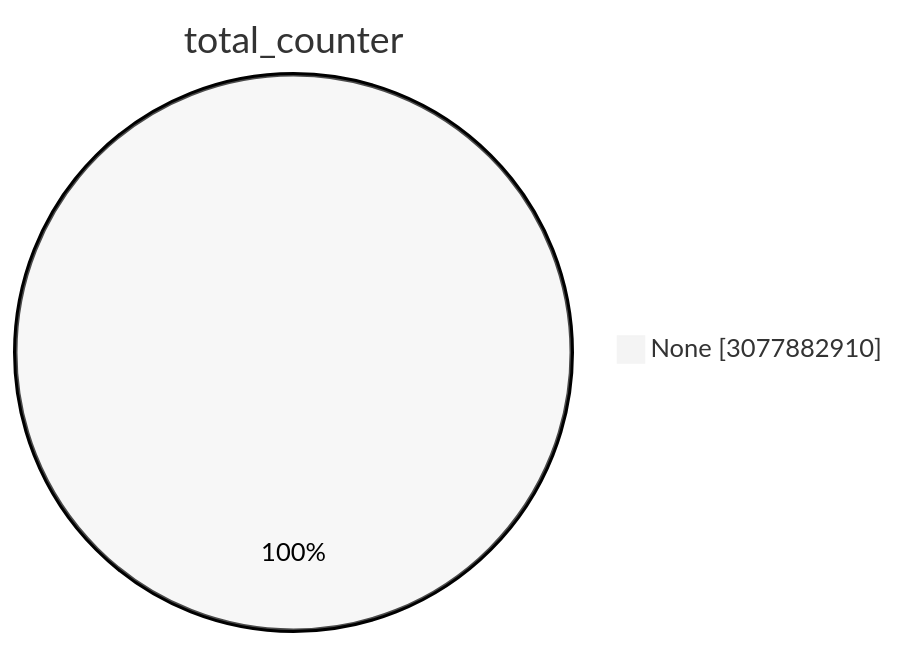
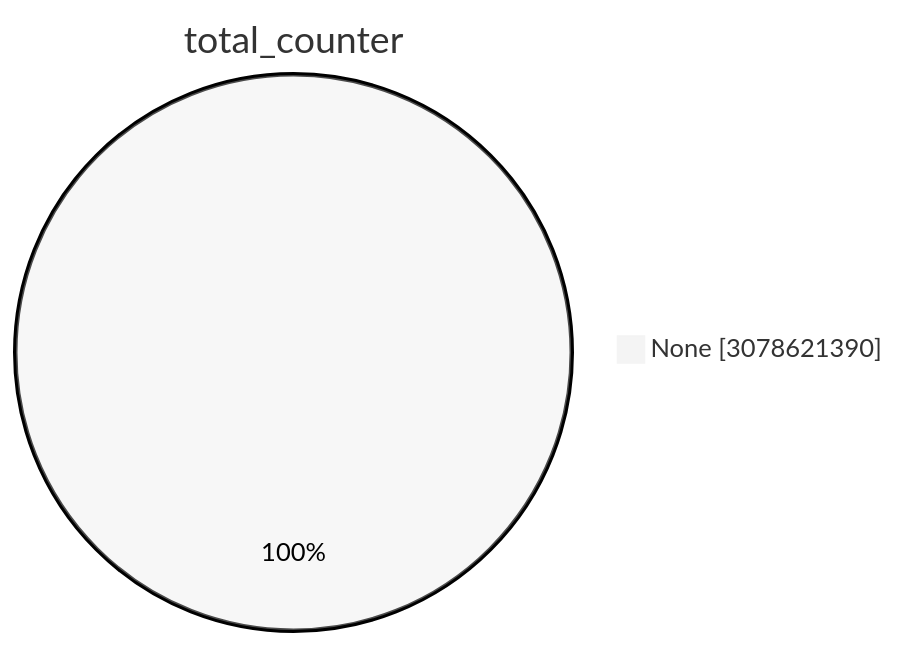
One commit to christiankrug/ctmonitor_visualization changed the first of 15 diagrams in TOTAL/README.md. Above: the diagram before and after it, drawn with Mermaid (neutral theme). The commit also changed other lines of this file, not shown here.

````diff
--- a/TOTAL/README.md
+++ b/TOTAL/README.md
@@ -1,5 +1,5 @@
 ```mermaid
 pie showData
 title total_counter
-"None" :3077882910
+"None" :3078621390
 ```
````
